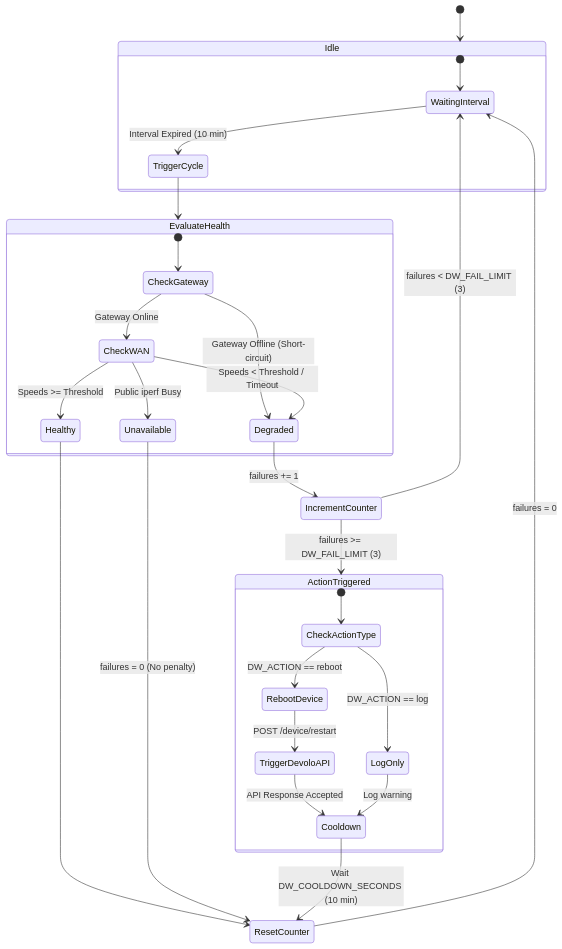
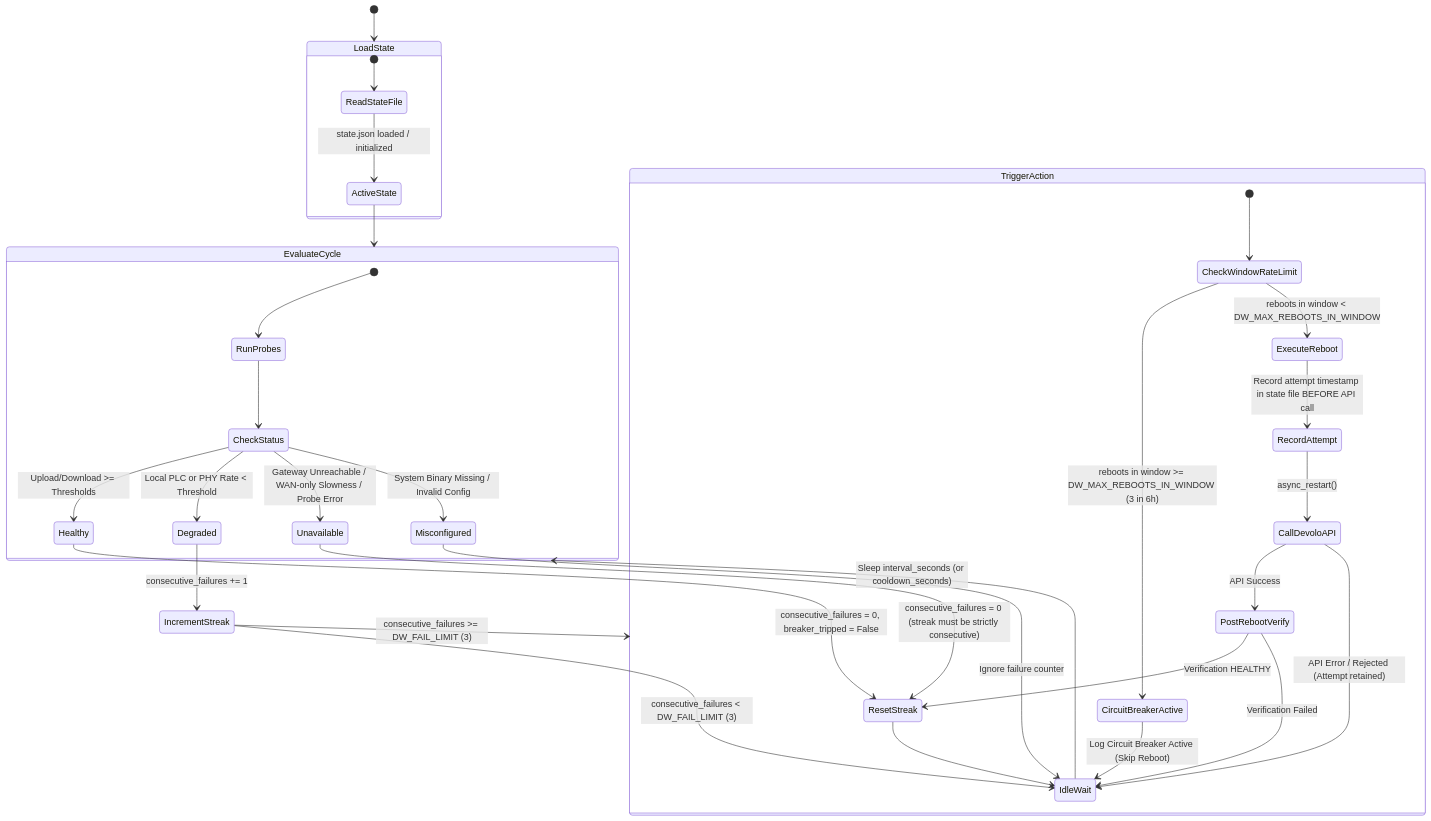
The third of 3 diagrams in README.md (valentinsviridov/devolo-throughput-watchdog), drawn with Mermaid before and after one commit. The commit also changed other lines of this file and 27 other files, not shown here.

````diff
--- a/README.md
+++ b/README.md
@@ -94,40 +120,44 @@
 ```mermaid
 stateDiagram-v2
-    [*] --> Idle
+    [*] --> LoadState
 
-    state Idle {
-        [*] --> WaitingInterval
-        WaitingInterval --> TriggerCycle: Interval Expired (10 min)
+    state LoadState {
+        [*] --> ReadStateFile
+        ReadStateFile --> ActiveState: state.json loaded / initialized
     }
 
-    TriggerCycle --> EvaluateHealth
+    ActiveState --> EvaluateCycle
 
-    state EvaluateHealth {
-        [*] --> CheckGateway
-        CheckGateway --> CheckWAN: Gateway Online
-        CheckGateway --> Degraded: Gateway Offline (Short-circuit)
-        CheckWAN --> Healthy: Speeds >= Threshold
-        CheckWAN --> Unavailable: Public iperf Busy
-        CheckWAN --> Degraded: Speeds < Threshold / Timeout
+    state EvaluateCycle {
+        [*] --> RunProbes
+        RunProbes --> CheckStatus
+        CheckStatus --> Healthy: Upload/Download >= Thresholds
+        CheckStatus --> Degraded: Local PLC or PHY Rate < Threshold
+        CheckStatus --> Unavailable: Gateway Unreachable / WAN-only Slowness / Probe Error
+        CheckStatus --> Misconfigured: System Binary Missing / Invalid Config
     }
 
-    Healthy --> ResetCounter
-    ResetCounter --> WaitingInterval: failures = 0
+    Healthy --> ResetStreak: consecutive_failures = 0, breaker_tripped = False
+    Unavailable --> ResetStreak: consecutive_failures = 0 (streak must be strictly consecutive)
+    Misconfigured --> IdleWait: Ignore failure counter
 
-    Unavailable --> ResetCounter: failures = 0 (No penalty)
+    Degraded --> IncrementStreak: consecutive_failures += 1
+    IncrementStreak --> IdleWait: consecutive_failures < DW_FAIL_LIMIT (3)
+    IncrementStreak --> TriggerAction: consecutive_failures >= DW_FAIL_LIMIT (3)
 
-    Degraded --> IncrementCounter: failures += 1
-    IncrementCounter --> WaitingInterval: failures < DW_FAIL_LIMIT (3)
-    IncrementCounter --> ActionTriggered: failures >= DW_FAIL_LIMIT (3)
-
-    state ActionTriggered {
-        [*] --> CheckActionType
-        CheckActionType --> RebootDevice: DW_ACTION == reboot
-        CheckActionType --> LogOnly: DW_ACTION == log
-        RebootDevice --> TriggerDevoloAPI: POST /device/restart
-        TriggerDevoloAPI --> Cooldown: API Response Accepted
-        LogOnly --> Cooldown: Log warning
+    state TriggerAction {
+        [*] --> CheckWindowRateLimit
+        CheckWindowRateLimit --> CircuitBreakerActive: reboots in window >= DW_MAX_REBOOTS_IN_WINDOW (3 in 6h)
+        CheckWindowRateLimit --> ExecuteReboot: reboots in window < DW_MAX_REBOOTS_IN_WINDOW
+        CircuitBreakerActive --> IdleWait: Log Circuit Breaker Active (Skip Reboot)
+        ExecuteReboot --> RecordAttempt: Record attempt timestamp in state file BEFORE API call
+        RecordAttempt --> CallDevoloAPI: async_restart()
+        CallDevoloAPI --> PostRebootVerify: API Success
+        PostRebootVerify --> ResetStreak: Verification HEALTHY
+        PostRebootVerify --> IdleWait: Verification Failed
+        CallDevoloAPI --> IdleWait: API Error / Rejected (Attempt retained)
     }
 
-    Cooldown --> ResetCounter: Wait DW_COOLDOWN_SECONDS (10 min)
+    ResetStreak --> IdleWait
+    IdleWait --> EvaluateCycle: Sleep interval_seconds (or cooldown_seconds)
 ```
````
